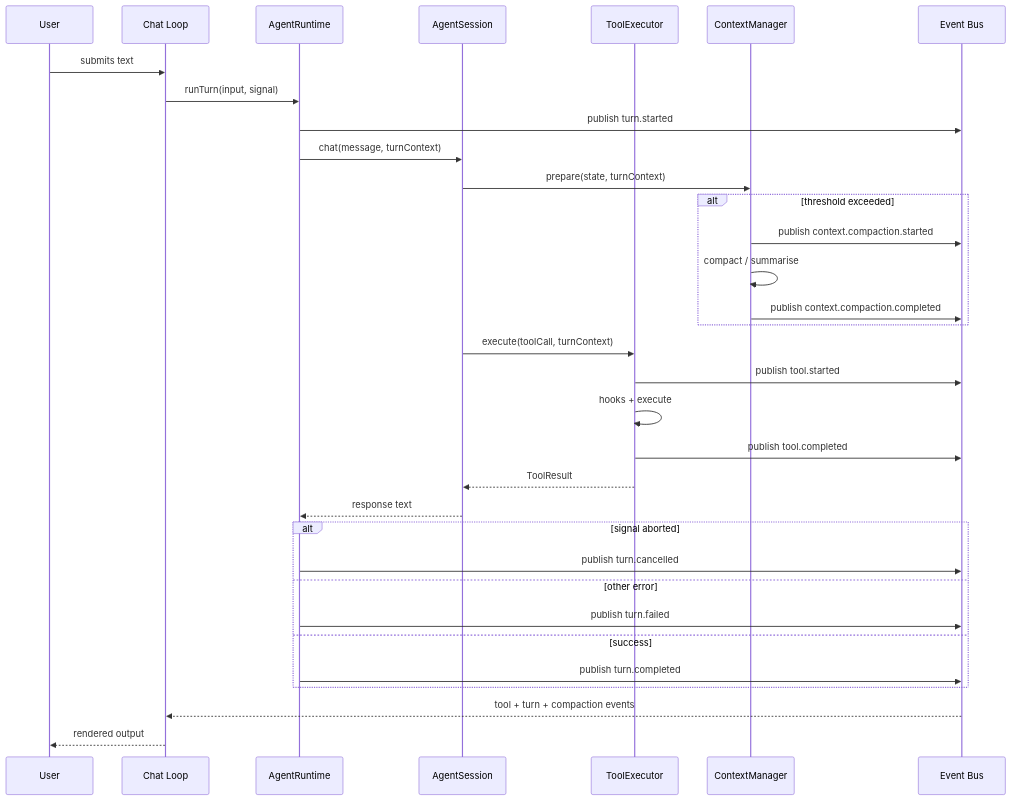
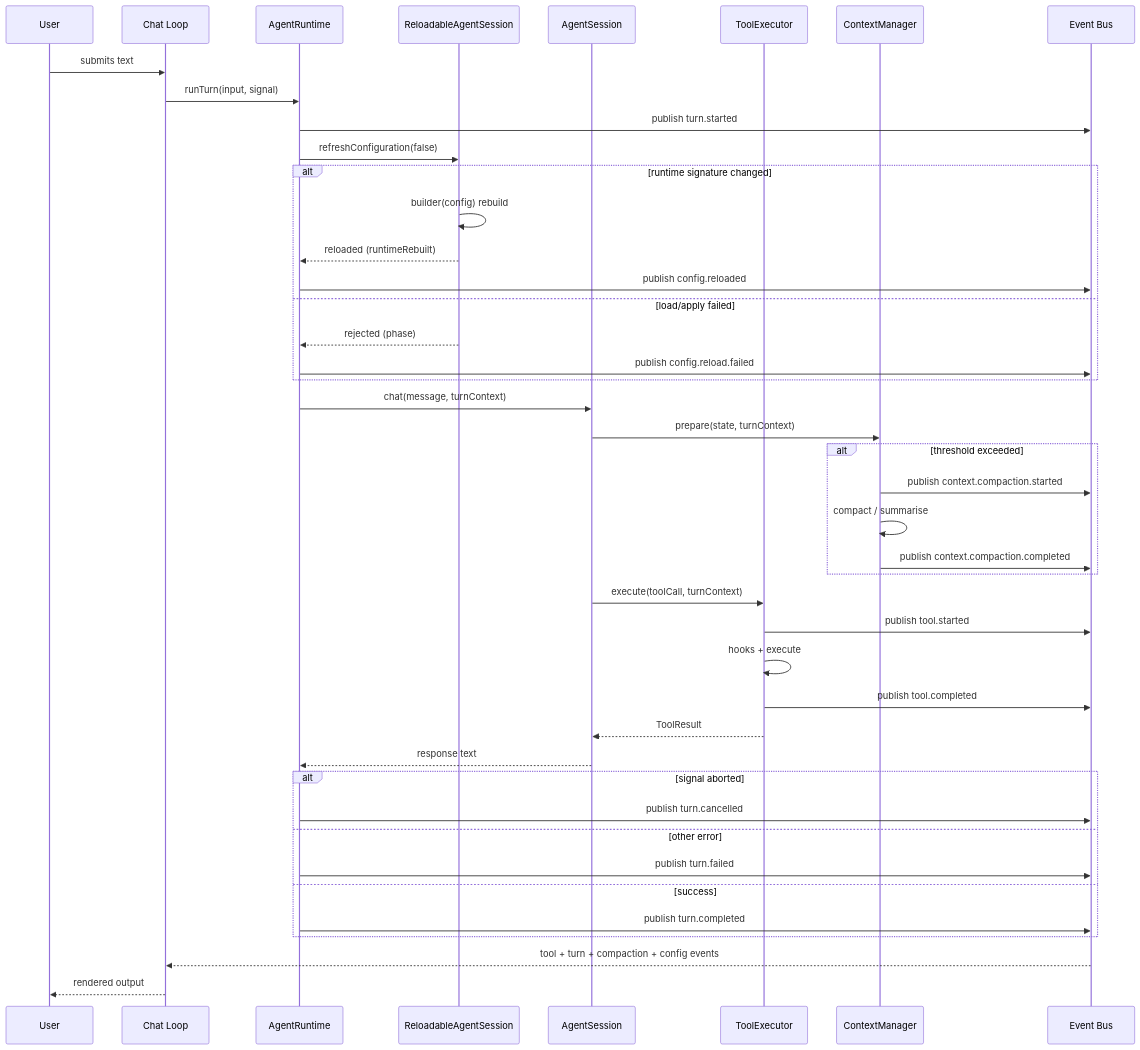
The diagram in openwiki/architecture/overview.md (iamtokarev/sonny), drawn with Mermaid before and after one commit. The commit also changed other lines of this file and 12 other files, not shown here.

````diff
--- a/openwiki/architecture/overview.md
+++ b/openwiki/architecture/overview.md
@@ -57,36 +61,46 @@
 ```mermaid
 sequenceDiagram
     participant User
     participant TUI as Chat Loop
     participant RT as AgentRuntime
+    participant RS as ReloadableAgentSession
     participant AS as AgentSession
     participant TE as ToolExecutor
     participant CM as ContextManager
     participant Bus as Event Bus
 
     User->>TUI: submits text
     TUI->>RT: runTurn(input, signal)
     RT->>Bus: publish turn.started
+    RT->>RS: refreshConfiguration(false)
+    alt runtime signature changed
+        RS->>RS: builder(config) rebuild
+        RS-->>RT: reloaded (runtimeRebuilt)
+        RT->>Bus: publish config.reloaded
+    else load/apply failed
+        RS-->>RT: rejected (phase)
+        RT->>Bus: publish config.reload.failed
+    end
     RT->>AS: chat(message, turnContext)
     AS->>CM: prepare(state, turnContext)
     alt threshold exceeded
         CM->>Bus: publish context.compaction.started
         CM->>CM: compact / summarise
         CM->>Bus: publish context.compaction.completed
     end
     AS->>TE: execute(toolCall, turnContext)
     TE->>Bus: publish tool.started
     TE->>TE: hooks + execute
     TE->>Bus: publish tool.completed
     TE-->>AS: ToolResult
     AS-->>RT: response text
     alt signal aborted
         RT->>Bus: publish turn.cancelled
     else other error
         RT->>Bus: publish turn.failed
     else success
         RT->>Bus: publish turn.completed
     end
-    Bus-->>TUI: tool + turn + compaction events
+    Bus-->>TUI: tool + turn + compaction + config events
     TUI-->>User: rendered output
 ```
````
